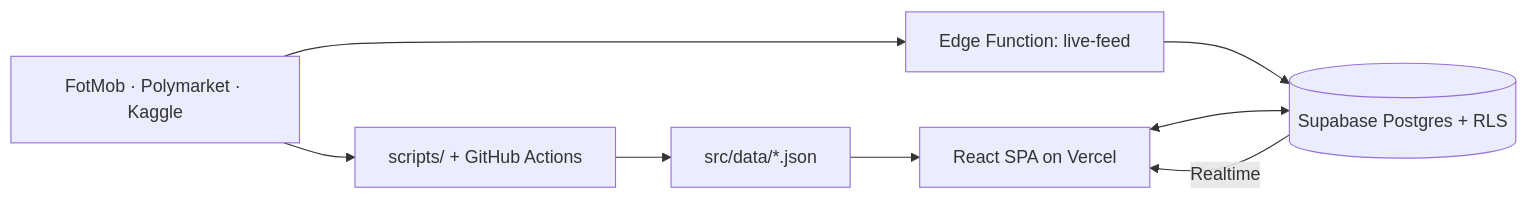
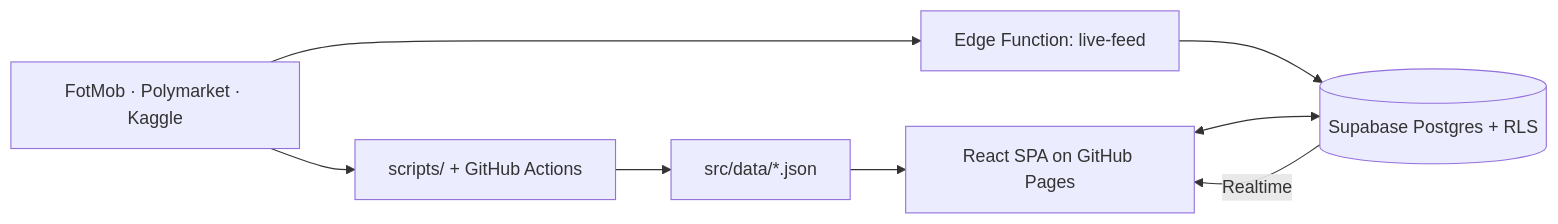
The diagram in README.md (MarkHanna10/world-cup-2026-predictor), drawn with Mermaid before and after one commit. The commit also changed other lines of this file and 4 other files, not shown here.

````diff
--- a/README.md
+++ b/README.md
@@ -31,10 +33,10 @@
 ```mermaid
 flowchart LR
     SRC[FotMob · Polymarket · Kaggle] --> PIPE[scripts/ + GitHub Actions]
     PIPE --> JSON[src/data/*.json]
-    JSON --> APP[React SPA on Vercel]
+    JSON --> APP[React SPA on GitHub Pages]
     SRC --> EF[Edge Function: live-feed]
     EF --> DB[(Supabase Postgres + RLS)]
     DB -- Realtime --> APP
     APP <--> DB
 ```
````
